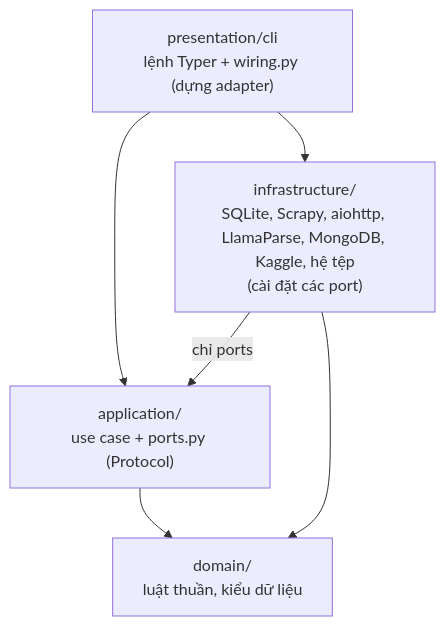
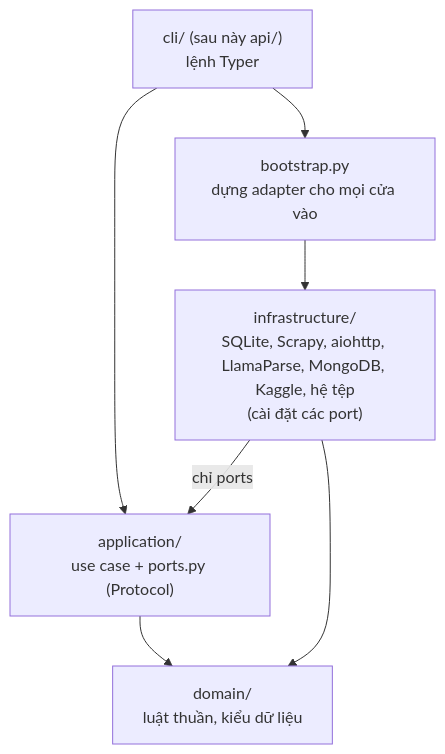
One commit to doanan293/WebCorpusPipeline changed the first of 7 diagrams in data_pipeline/docs/architecture.md. Above: the diagram before and after it, drawn with Mermaid. The commit also changed other lines of this file and 28 other files, not shown here.

Commit message:
refactor: name the outer layer by its entry point (cli) and move wiring to bootstrap.py

````diff
--- a/data_pipeline/docs/architecture.md
+++ b/data_pipeline/docs/architecture.md
@@ -9,13 +9,15 @@
 ```mermaid
 flowchart TB
-    PRES["presentation/cli<br/>lệnh Typer + wiring.py (dựng adapter)"]
+    PRES["cli/ (sau này api/)<br/>lệnh Typer"]
+    BOOT["bootstrap.py<br/>dựng adapter cho mọi cửa vào"]
     INFRA["infrastructure/<br/>SQLite, Scrapy, aiohttp, LlamaParse, MongoDB, Kaggle, hệ tệp<br/>(cài đặt các port)"]
     APP["application/<br/>use case + ports.py (Protocol)"]
     DOM["domain/<br/>luật thuần, kiểu dữ liệu"]
 
-    PRES --> INFRA
+    PRES --> BOOT
     PRES --> APP
+    BOOT --> INFRA
     INFRA -->|"chỉ ports"| APP
     APP --> DOM
     INFRA --> DOM
 ```
````
